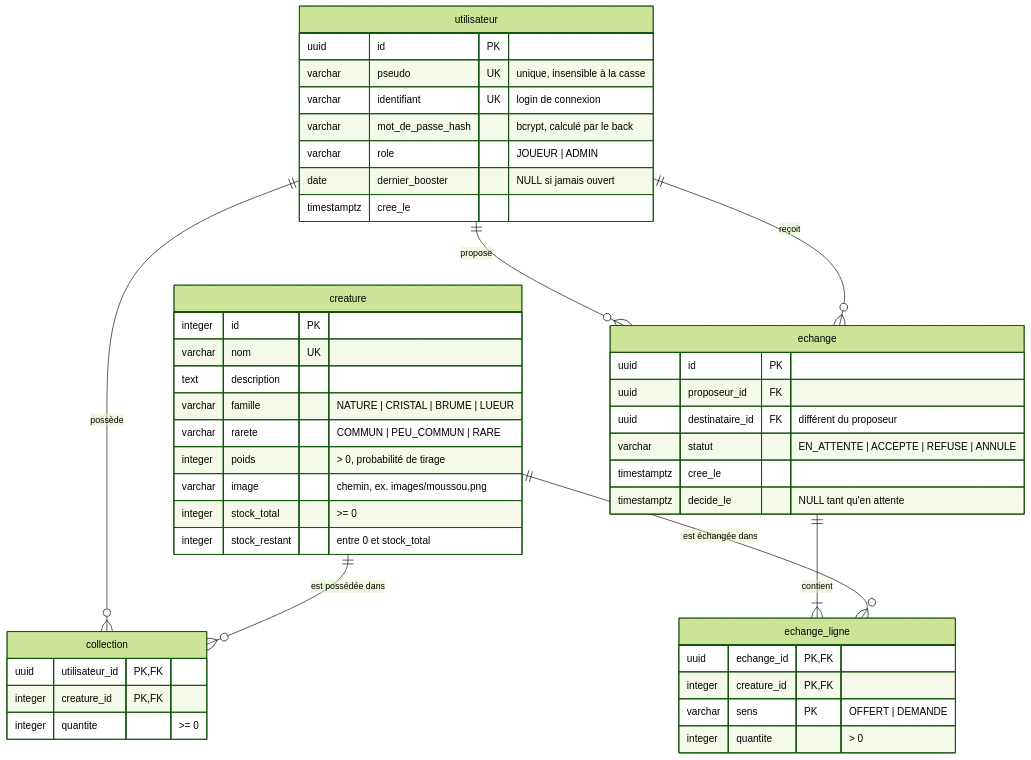
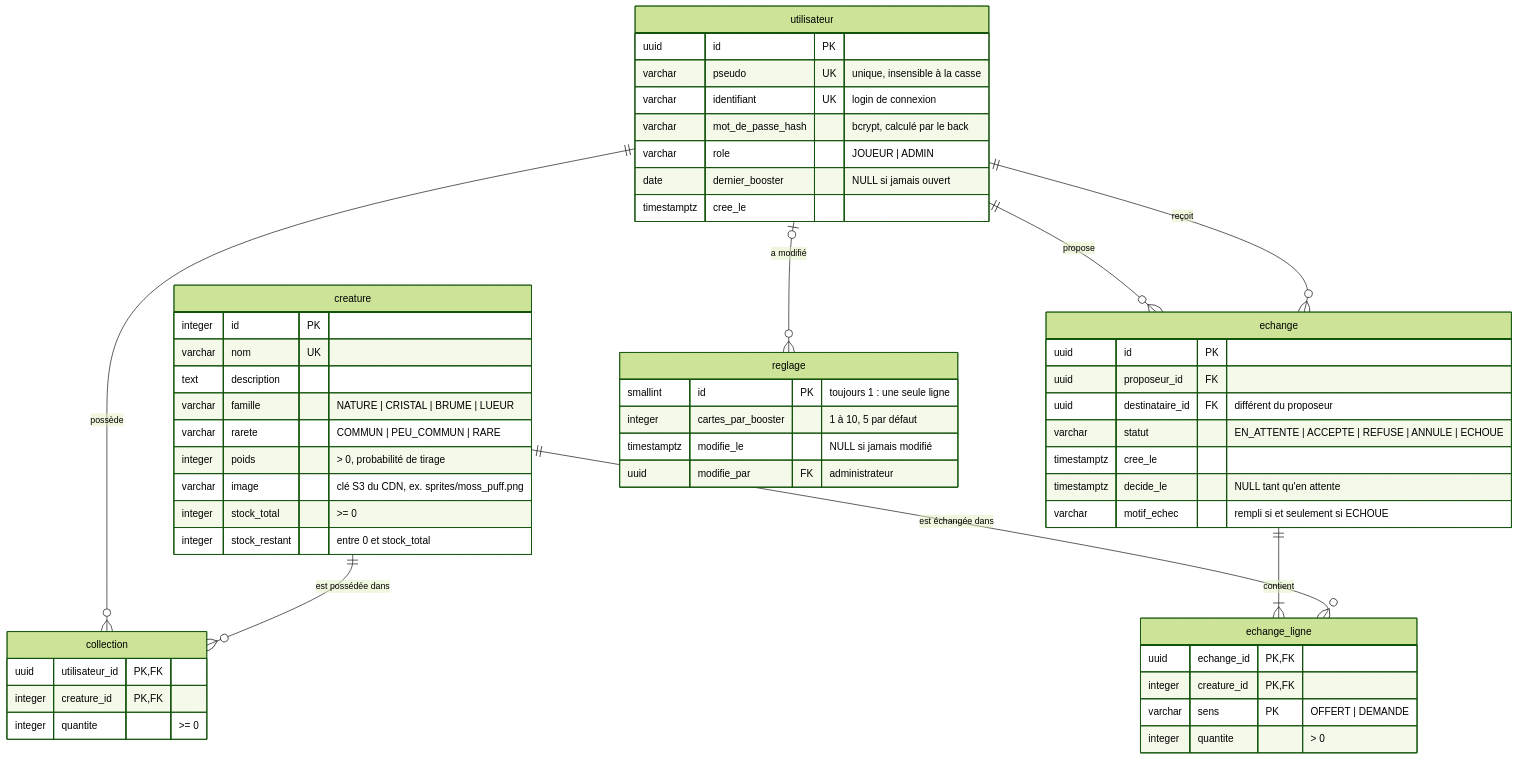
One commit to creatura2026/creatura-app changed the diagram in db/docs/schema.mmd. Above: the diagram before and after it, drawn with Mermaid (forest theme). The commit also changed 64 other files, not shown here.

```diff
--- a/db/docs/schema.mmd
+++ b/db/docs/schema.mmd
@@ -1,51 +1,60 @@
 erDiagram
     utilisateur ||--o{ collection : "possède"
     creature    ||--o{ collection : "est possédée dans"
     utilisateur ||--o{ echange : "propose"
     utilisateur ||--o{ echange : "reçoit"
     echange     ||--|{ echange_ligne : "contient"
     creature    ||--o{ echange_ligne : "est échangée dans"
+    utilisateur |o--o{ reglage : "a modifié"
 
     utilisateur {
         uuid        id                PK
         varchar     pseudo            UK "unique, insensible à la casse"
         varchar     identifiant       UK "login de connexion"
         varchar     mot_de_passe_hash    "bcrypt, calculé par le back"
         varchar     role                 "JOUEUR | ADMIN"
         date        dernier_booster      "NULL si jamais ouvert"
         timestamptz cree_le
     }
 
     creature {
         integer     id                PK
         varchar     nom               UK
         text        description
         varchar     famille              "NATURE | CRISTAL | BRUME | LUEUR"
         varchar     rarete               "COMMUN | PEU_COMMUN | RARE"
         integer     poids                "> 0, probabilité de tirage"
-        varchar     image                "chemin, ex. images/moussou.png"
+        varchar     image                "clé S3 du CDN, ex. sprites/moss_puff.png"
         integer     stock_total          ">= 0"
         integer     stock_restant        "entre 0 et stock_total"
     }
 
     collection {
         uuid        utilisateur_id    PK, FK
         integer     creature_id       PK, FK
         integer     quantite             ">= 0"
     }
 
     echange {
         uuid        id                PK
         uuid        proposeur_id      FK
         uuid        destinataire_id   FK "différent du proposeur"
-        varchar     statut               "EN_ATTENTE | ACCEPTE | REFUSE | ANNULE"
+        varchar     statut               "EN_ATTENTE | ACCEPTE | REFUSE | ANNULE | ECHOUE"
         timestamptz cree_le
         timestamptz decide_le            "NULL tant qu'en attente"
+        varchar     motif_echec          "rempli si et seulement si ECHOUE"
     }
 
     echange_ligne {
         uuid        echange_id        PK, FK
         integer     creature_id       PK, FK
         varchar     sens              PK "OFFERT | DEMANDE"
         integer     quantite             "> 0"
     }
+
+    reglage {
+        smallint    id                PK "toujours 1 : une seule ligne"
+        integer     cartes_par_booster   "1 à 10, 5 par défaut"
+        timestamptz modifie_le           "NULL si jamais modifié"
+        uuid        modifie_par       FK "administrateur"
+    }
```
